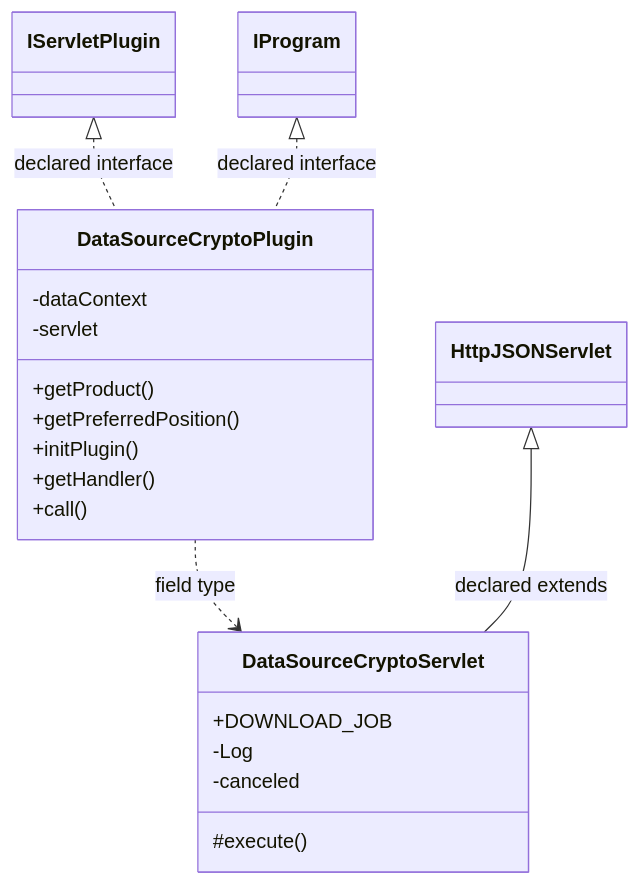
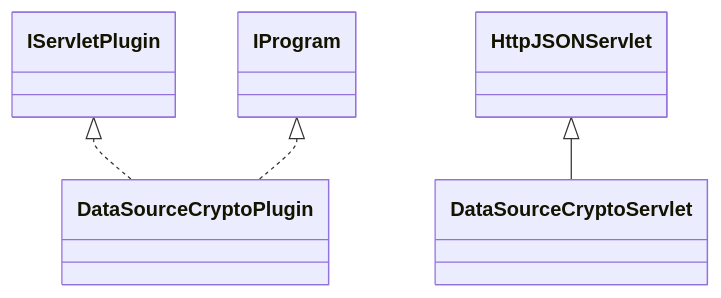
One commit to haruperi/HaruQuantAI changed the diagram in docs/sqx/DataManager/DataSourceCrypto.md. Above: the diagram before and after it, drawn with Mermaid. The commit also changed other lines of this file and 1688 other files, not shown here.

````diff
--- a/docs/sqx/DataManager/DataSourceCrypto.md
+++ b/docs/sqx/DataManager/DataSourceCrypto.md
@@ -30,25 +26,11 @@
 ```mermaid
 classDiagram
-    class C80e4cf201437["DataSourceCryptoPlugin"] {
-        -dataContext
-        -servlet
-        +getProduct()
-        +getPreferredPosition()
-        +initPlugin()
-        +getHandler()
-        +call()
-    }
-    class Ce315e5a2cc66["DataSourceCryptoServlet"] {
-        +DOWNLOAD_JOB
-        -Log
-        -canceled
-        #execute()
-    }
-    class C1b6b4448b67b["IProgram"]
-    class C249b5c671b1a["IServletPlugin"]
-    class C8900f90ae594["HttpJSONServlet"]
-    C249b5c671b1a <|.. C80e4cf201437 : declared interface
-    C1b6b4448b67b <|.. C80e4cf201437 : declared interface
-    C80e4cf201437 ..> Ce315e5a2cc66 : field type
-    C8900f90ae594 <|-- Ce315e5a2cc66 : declared extends
+    class C0["DataSourceCryptoPlugin"]
+    class C1["DataSourceCryptoServlet"]
+    class E0["IServletPlugin"]
+    E0 <|.. C0
+    class E1["IProgram"]
+    E1 <|.. C0
+    class E2["HttpJSONServlet"]
+    E2 <|-- C1
 ```
````
